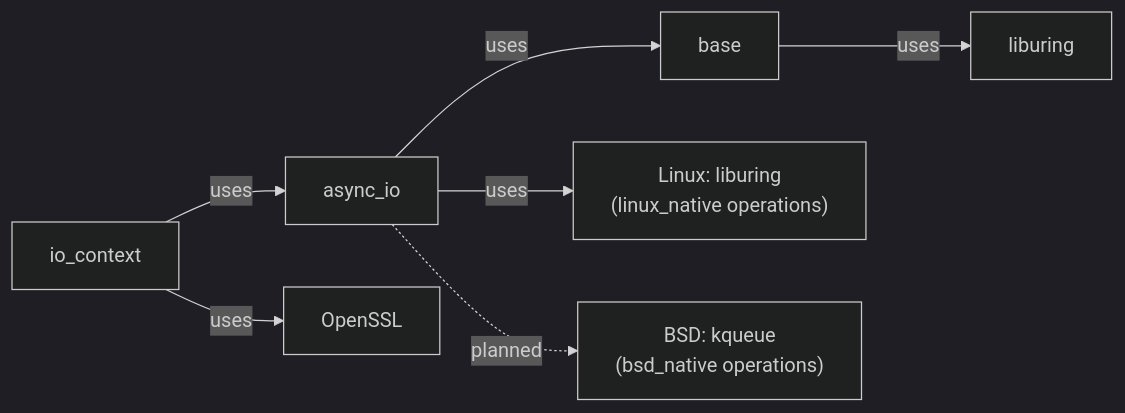
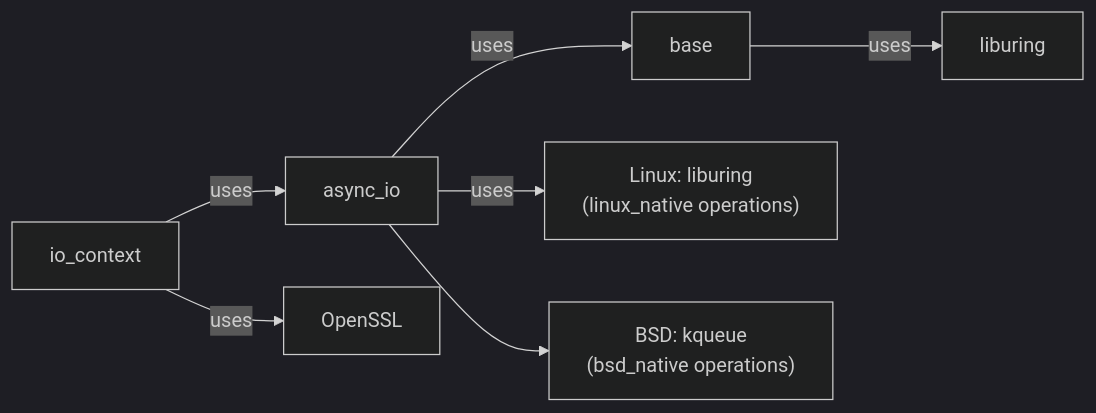
The second of 2 diagrams in docs/design/architecture/layers.md (haomingbai/bnio), drawn with Mermaid (dark theme) before and after one commit. The commit also changed other lines of this file and 75 other files, not shown here.

````diff
--- a/docs/design/architecture/layers.md
+++ b/docs/design/architecture/layers.md
@@ -60,9 +60,9 @@
 ```mermaid
 graph LR
     L3["io_context"] -->|"uses"| L2["async_io"]
     L2 -->|"uses"| L1["base"]
     L1 -->|"uses"| LIB["liburing"]
     L3 -->|"uses"| SSL["OpenSSL"]
     L2 -->|"uses"| LIB2["Linux: liburing<br/>(linux_native operations)"]
-    L2 -.->|"planned"| BSD["BSD: kqueue<br/>(bsd_native operations)"]
+    L2 --> BSD["BSD: kqueue<br/>(bsd_native operations)"]
 ```
````
